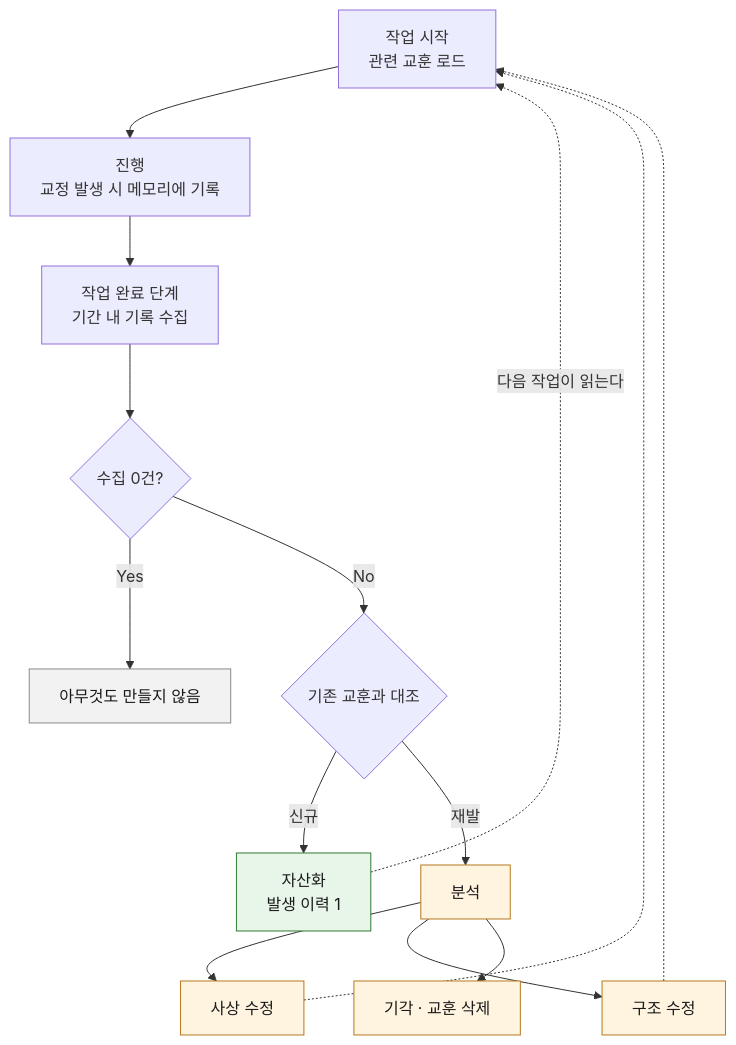
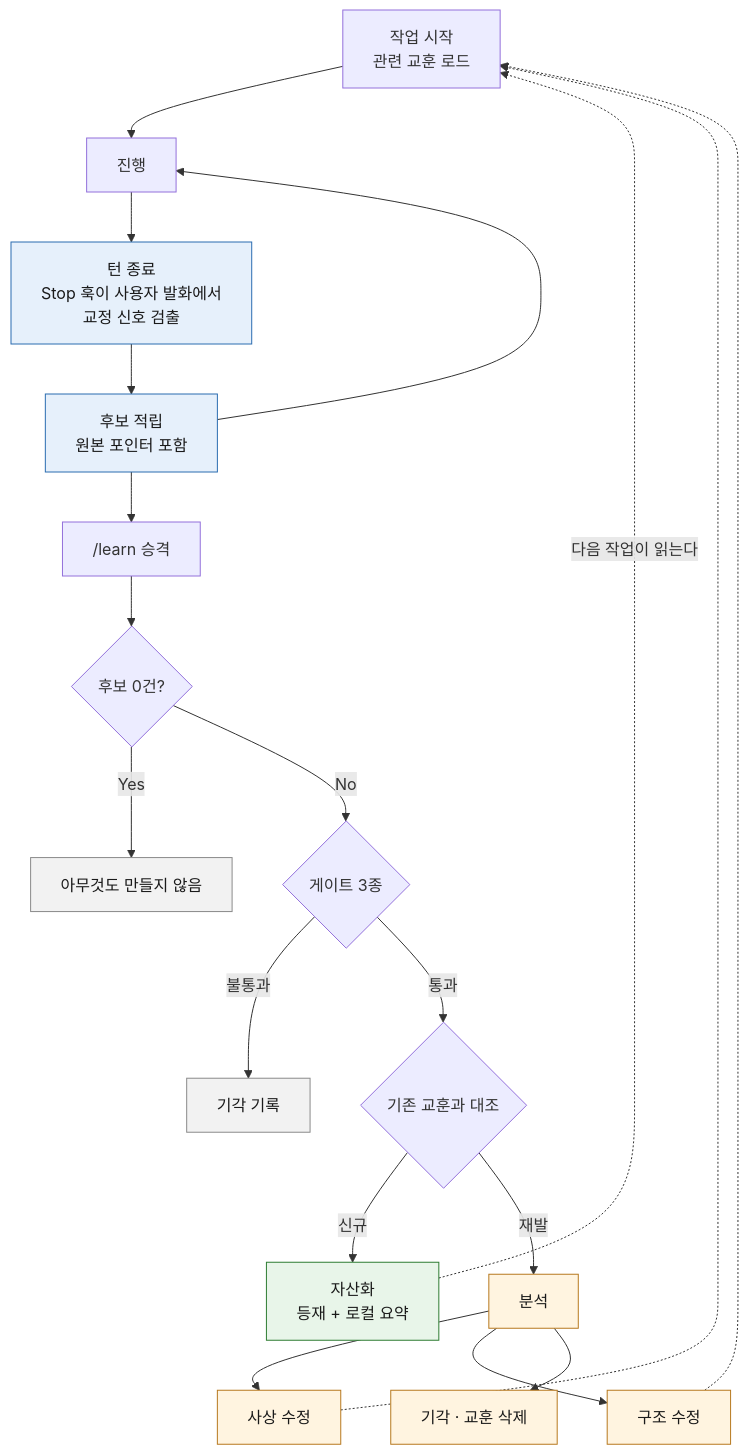
The diagram in docs/lessons.md (idean3885/claude-devex), drawn with Mermaid before and after one commit. The commit also changed other lines of this file and 9 other files, not shown here.

````diff
--- a/docs/lessons.md
+++ b/docs/lessons.md
@@ -21,23 +21,30 @@
 ```mermaid
 flowchart TB
-  S["작업 시작<br/>관련 교훈 로드"] --> W["진행<br/>교정 발생 시 메모리에 기록"]
-  W --> C["작업 완료 단계<br/>기간 내 기록 수집"]
-  C --> G{"수집 0건?"}
+  S["작업 시작<br/>관련 교훈 로드"] --> W["진행"]
+  W --> T["턴 종료<br/>Stop 훅이 사용자 발화에서<br/>교정 신호 검출"]
+  T --> Q["후보 적립<br/>원본 포인터 포함"]
+  Q --> W
+  Q --> L["/learn 승격"]
+  L --> G{"후보 0건?"}
   G -->|"Yes"| N["아무것도 만들지 않음"]
-  G -->|"No"| M{"기존 교훈과 대조"}
-  M -->|"신규"| A["자산화<br/>발생 이력 1"]
+  G -->|"No"| GATE{"게이트 3종"}
+  GATE -->|"불통과"| RJ["기각 기록"]
+  GATE -->|"통과"| M{"기존 교훈과 대조"}
+  M -->|"신규"| A["자산화<br/>등재 + 로컬 요약"]
   M -->|"재발"| R["분석"]
   R --> R1["사상 수정"]
   R --> R2["구조 수정"]
   R --> R3["기각 · 교훈 삭제"]
   A -.->|"다음 작업이 읽는다"| S
   R1 -.-> S
   R2 -.-> S
 
   classDef skip fill:#f2f2f2,stroke:#8a8a8a,color:#1a1a1a
   classDef act fill:#e8f5e9,stroke:#2e7d32,color:#1a1a1a
   classDef dig fill:#fff4e0,stroke:#b7791f,color:#1a1a1a
-  class N skip
+  classDef mach fill:#e6f0fb,stroke:#2b6cb0,color:#1a1a1a
+  class N,RJ skip
   class A act
   class R,R1,R2,R3 dig
+  class T,Q mach
 ```
````
